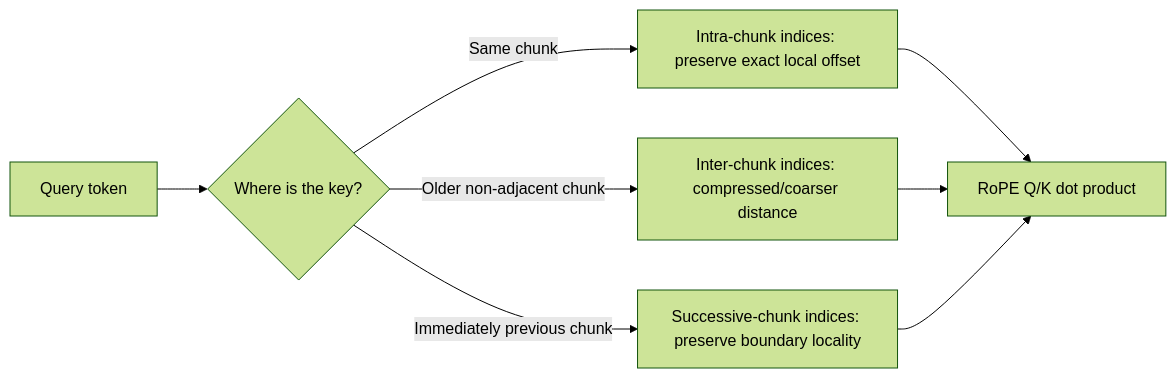
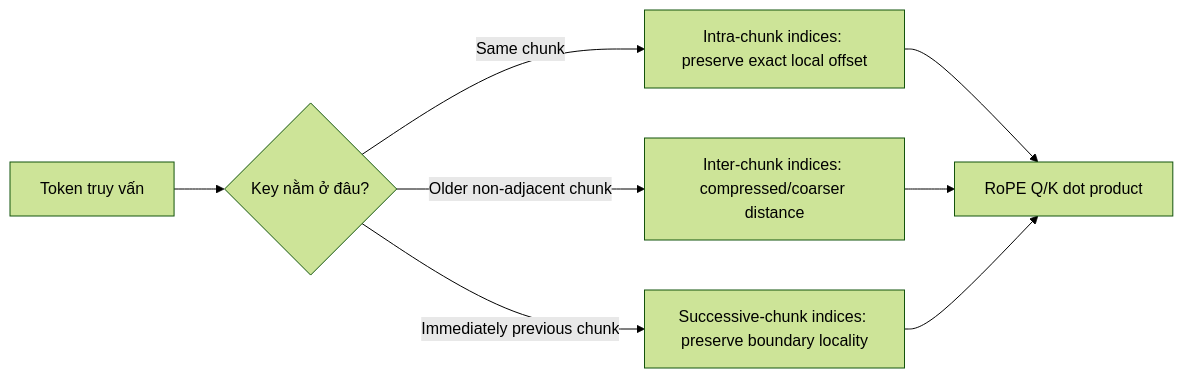
Before and after one commit to cycler04/VinRobotics-VLA: the diagram in docs/research_finding/01-gwen/module_details/LLM_modules/DCA.md, drawn with Mermaid (forest theme). The commit also changed other lines of this file and 79 other files, not shown here.

````diff
--- a/docs/research_finding/01-gwen/module_details/LLM_modules/DCA.md
+++ b/docs/research_finding/01-gwen/module_details/LLM_modules/DCA.md
@@ -22,10 +22,10 @@
 ```mermaid
 flowchart LR
-    Q[Query token] --> REL{Where is the key?}
+    Q[Token truy vấn] --> REL{Key nằm ở đâu?}
     REL -->|Same chunk| INTRA[Intra-chunk indices: preserve exact local offset]
     REL -->|Older non-adjacent chunk| INTER[Inter-chunk indices: compressed/coarser distance]
     REL -->|Immediately previous chunk| SUCC[Successive-chunk indices: preserve boundary locality]
     INTRA --> SCORE[RoPE Q/K dot product]
     INTER --> SCORE
     SUCC --> SCORE
 ```
````
